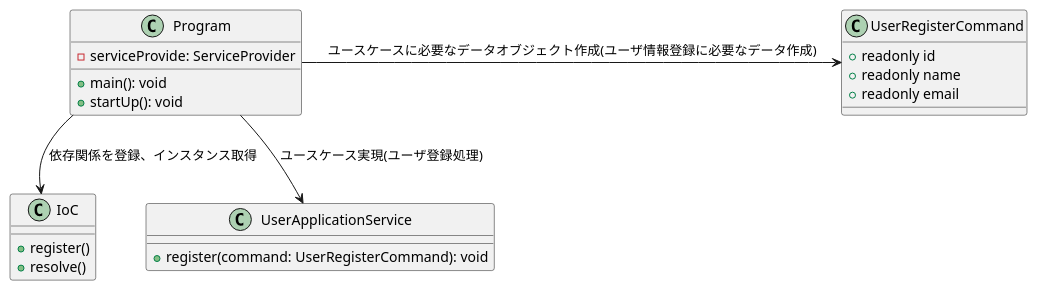
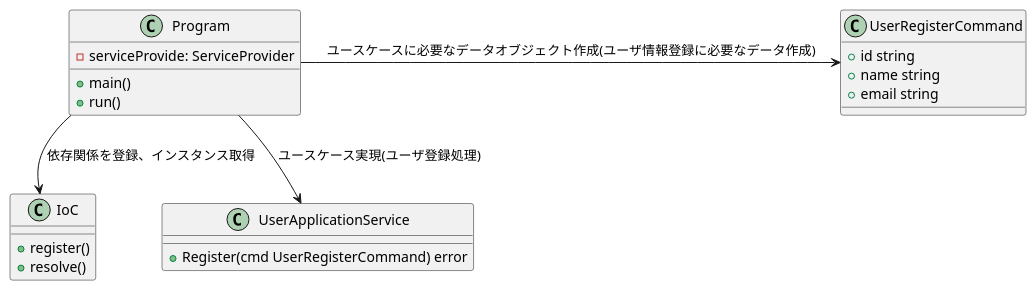
One commit to Yuki-TU/ddd changed the diagram in diagrams/ch08-cli.puml. Above: the diagram before and after it, drawn with PlantUML. The commit also changed 40 other files, not shown here.

Commit message:
サンプルと図を Go の慣習に揃え、DDD の説明コメントを残す。

```diff
--- a/diagrams/ch08-cli.puml
+++ b/diagrams/ch08-cli.puml
@@ -1,24 +1,24 @@
 @startuml
 class Program {
   - serviceProvide: ServiceProvider
-  + main(): void
-  + startUp(): void
+  + main()
+  + run()
 }
 class IoC {
   + register()
   + resolve()
 }
 
 class UserRegisterCommand {
-  + readonly id
-  + readonly name
-  + readonly email
+  + id string
+  + name string
+  + email string
 }
 
 class UserApplicationService {
-  + register(command: UserRegisterCommand): void
+  + Register(cmd UserRegisterCommand) error
 }
 Program --> IoC: 依存関係を登録、インスタンス取得
 Program -> UserRegisterCommand: ユースケースに必要なデータオブジェクト作成(ユーザ情報登録に必要なデータ作成)
 Program --> UserApplicationService: ユースケース実現(ユーザ登録処理)
 @enduml
```
